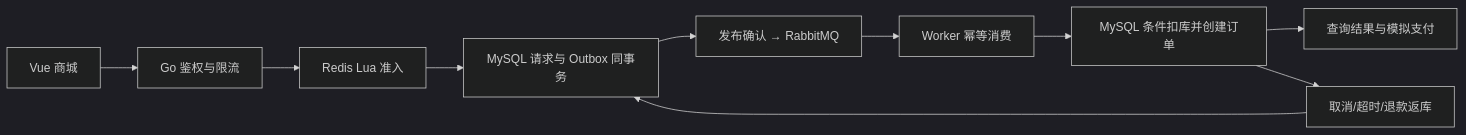
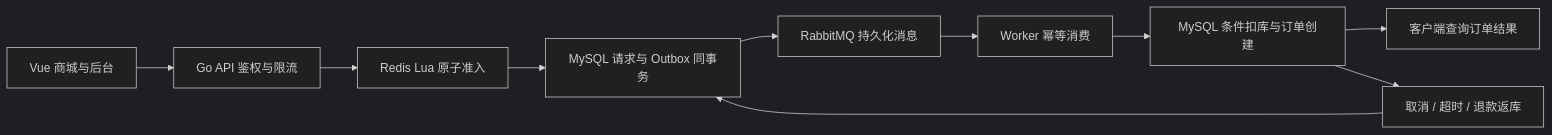
One commit to lihaochen233-ops/seckill-lab changed the diagram in README.md. Above: the diagram before and after it, drawn with Mermaid (dark theme). The commit also changed other lines of this file and 70 other files, not shown here.

````diff
--- a/README.md
+++ b/README.md
@@ -62,12 +22,12 @@
 ```mermaid
 flowchart LR
-    V[Vue 商城] --> A[Go 鉴权与限流]
-    A --> R[Redis Lua 准入]
+    V[Vue 商城与后台] --> A[Go API 鉴权与限流]
+    A --> R[Redis Lua 原子准入]
     R --> T[MySQL 请求与 Outbox 同事务]
-    T --> Q[发布确认 → RabbitMQ]
+    T --> Q[RabbitMQ 持久化消息]
     Q --> W[Worker 幂等消费]
-    W --> D[MySQL 条件扣库并创建订单]
-    D --> U[查询结果与模拟支付]
-    D --> C[取消/超时/退款返库]
+    W --> D[MySQL 条件扣库与订单创建]
+    D --> U[客户端查询订单结果]
+    D --> C[取消 / 超时 / 退款返库]
     C --> T
 ```
````
